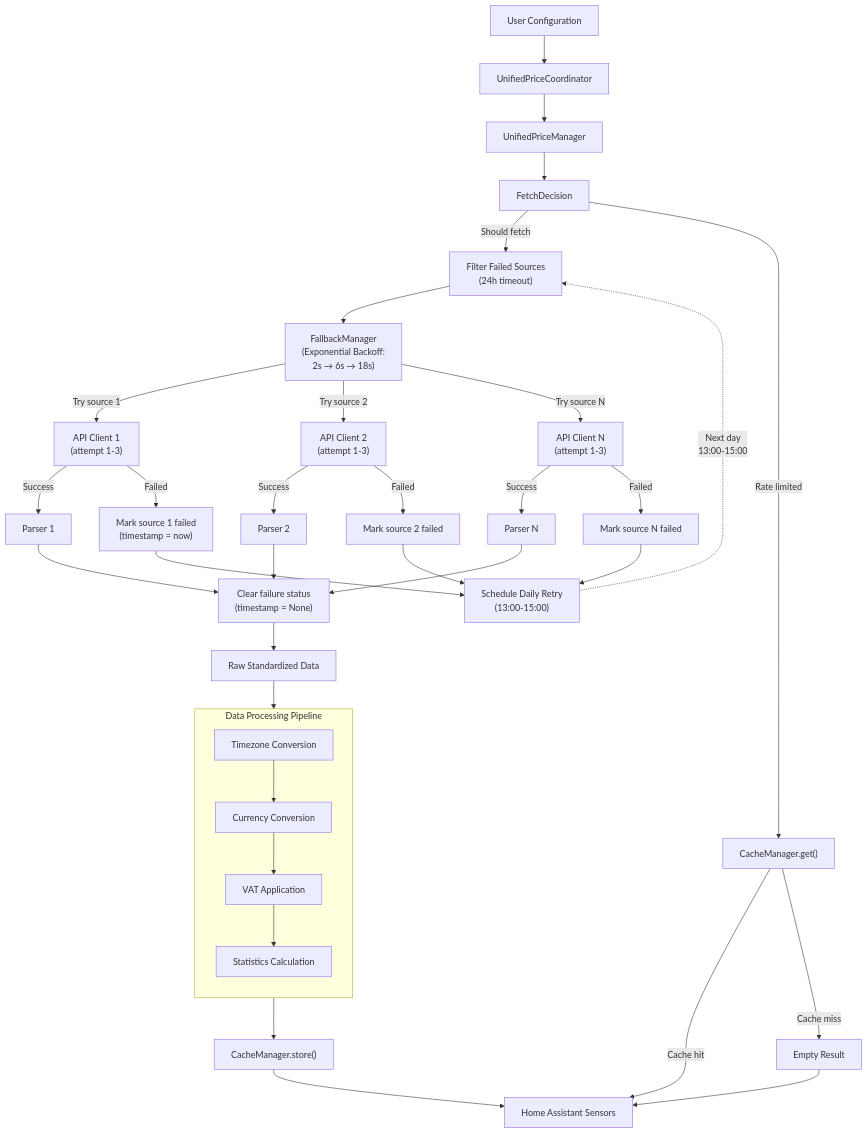
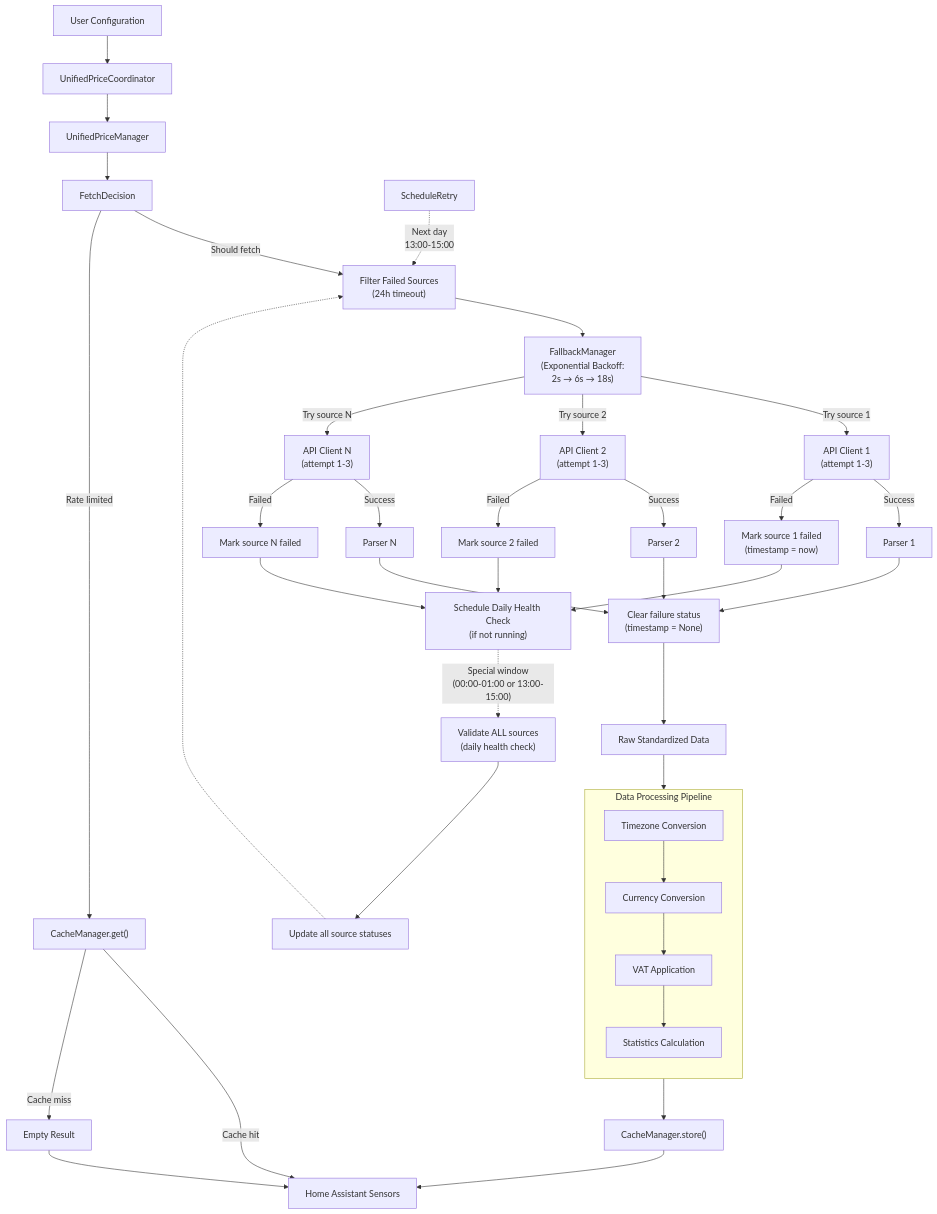
Before and after one commit to enoch85/ge-spot: the first of 4 diagrams in README.md, drawn with Mermaid. The commit also changed other lines of this file and 9 other files, not shown here.

First line of the commit message:
Feature/daily health check (#18)

````diff
--- a/README.md
+++ b/README.md
@@ -490,51 +514,55 @@
 ```mermaid
 flowchart TD
     Config["User Configuration"] --> Coord["UnifiedPriceCoordinator"]
     Coord --> UPM["UnifiedPriceManager"]
     
     UPM --> FetchDecision["FetchDecision"]
     FetchDecision --> |"Should fetch"| FilterSources["Filter Failed Sources<br/>(24h timeout)"]
     FetchDecision --> |"Rate limited"| Cache["CacheManager.get()"]
     
     FilterSources --> FallbackMgr["FallbackManager<br/>(Exponential Backoff:<br/>2s → 6s → 18s)"]
     
     FallbackMgr --> |"Try source 1"| API1["API Client 1<br/>(attempt 1-3)"]
     FallbackMgr --> |"Try source 2"| API2["API Client 2<br/>(attempt 1-3)"] 
     FallbackMgr --> |"Try source N"| APIN["API Client N<br/>(attempt 1-3)"]
     
     API1 --> |"Success"| Parser1["Parser 1"]
     API2 --> |"Success"| Parser2["Parser 2"]
     APIN --> |"Success"| ParserN["Parser N"]
     
     API1 --> |"Failed"| MarkFailed1["Mark source 1 failed<br/>(timestamp = now)"]
     API2 --> |"Failed"| MarkFailed2["Mark source 2 failed"]
     APIN --> |"Failed"| MarkFailedN["Mark source N failed"]
     
-    MarkFailed1 --> ScheduleRetry["Schedule Daily Retry<br/>(13:00-15:00)"]
-    MarkFailed2 --> ScheduleRetry
-    MarkFailedN --> ScheduleRetry
+    MarkFailed1 --> ScheduleHealthCheck["Schedule Daily Health Check<br/>(if not running)"]
+    MarkFailed2 --> ScheduleHealthCheck
+    MarkFailedN --> ScheduleHealthCheck
+    
+    ScheduleHealthCheck -.-> |"Special window<br/>(00:00-01:00 or 13:00-15:00)"| HealthCheck["Validate ALL sources<br/>(daily health check)"]
+    HealthCheck --> UpdateAllStatus["Update all source statuses"]
+    UpdateAllStatus -.-> FilterSources
     
     Parser1 --> ClearFailed["Clear failure status<br/>(timestamp = None)"]
     Parser2 --> ClearFailed
     ParserN --> ClearFailed
     
     ClearFailed --> RawData["Raw Standardized Data"]
     
     RawData --> DataProcessor["DataProcessor"]
     
     subgraph DataProcessor["Data Processing Pipeline"]
         direction TB
         TZ["Timezone Conversion"] --> Currency["Currency Conversion"]
         Currency --> VAT["VAT Application"]
         VAT --> Stats["Statistics Calculation"]
     end
     
     DataProcessor --> CacheStore["CacheManager.store()"]
     CacheStore --> Sensors["Home Assistant Sensors"]
     
     Cache --> |"Cache hit"| Sensors
     Cache --> |"Cache miss"| EmptyResult["Empty Result"]
     EmptyResult --> Sensors
     
     ScheduleRetry -.-> |"Next day<br/>13:00-15:00"| FilterSources
 ```
````
